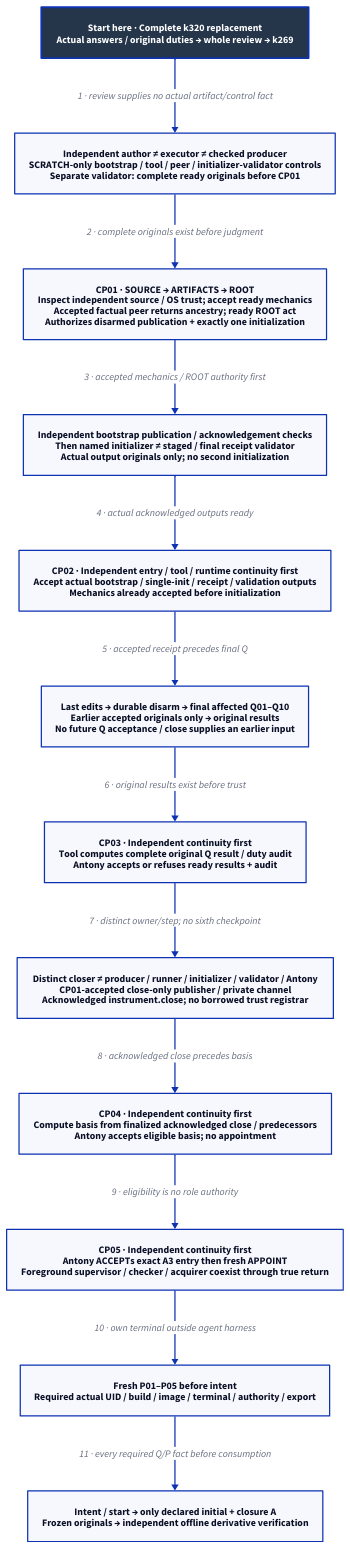
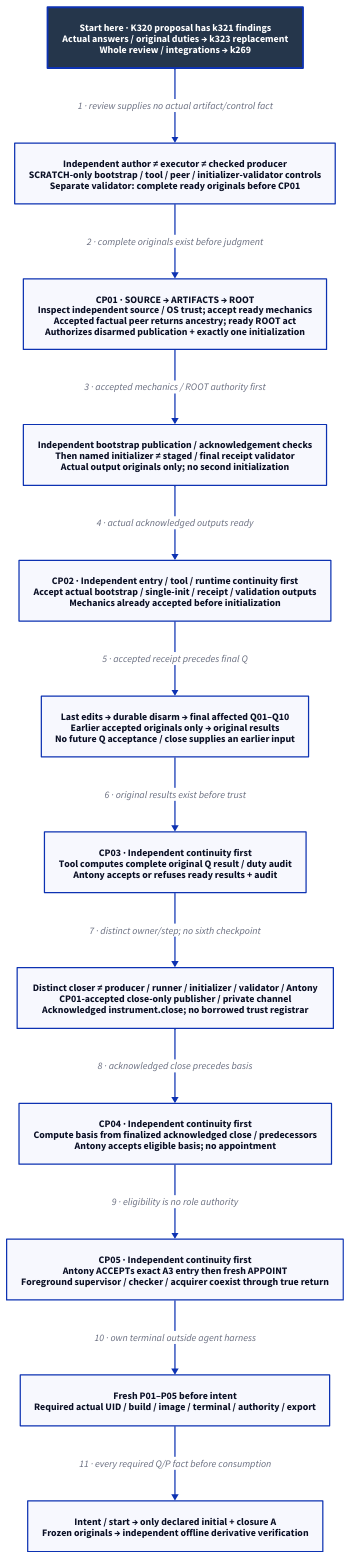
Before and after one commit to Linkuistics/Koine: the diagram in docs/design/architecture/native-reference-proof.d2, drawn with D2. The commit also changed 48 other files, not shown here.

Commit message:
Integrate practical admission review and place its complete repair (reference-evidence-practical-admission-k322)

```diff
--- a/docs/design/architecture/native-reference-proof.d2
+++ b/docs/design/architecture/native-reference-proof.d2
@@ -1,28 +1,28 @@
-# Coherent k320 proposal; whole review and actual independent qualification remain due.
+# K320 proposal reviewed as defective; k323 replacement/review precede construction.
 direction: down
 classes: {
   start: {style: {fill: "#25364B"; font-color: "#FFFFFF"; bold: true; stroke-width: 3}}
 }
-Start: "Start here · Complete k320 replacement\nActual answers / original duties → whole review → k269" {class: start}
+Start: "Start here · K320 proposal has k321 findings\nActual answers / original duties → k323 replacement\nWhole review / integrations → k269" {class: start}
 Prepare: "Independent author ≠ executor ≠ checked producer\nSCRATCH-only bootstrap / tool / peer / initializer-validator controls\nSeparate validator: complete ready originals before CP01"
 CP01: "CP01 · SOURCE → ARTIFACTS → ROOT\nInspect independent source / OS trust; accept ready mechanics\nAccepted factual peer returns ancestry; ready ROOT act\nAuthorizes disarmed publication + exactly one initialization"
 Initialize: "Independent bootstrap publication / acknowledgement checks\nThen named initializer ≠ staged / final receipt validator\nActual output originals only; no second initialization"
 CP02: "CP02 · Independent entry / tool / runtime continuity first\nAccept actual bootstrap / single-init / receipt / validation outputs\nMechanics already accepted before initialization"
 Q: "Last edits → durable disarm → final affected Q01–Q10\nEarlier accepted originals only → original results\nNo future Q acceptance / close supplies an earlier input"
 CP03: "CP03 · Independent continuity first\nTool computes complete original Q result / duty audit\nAntony accepts or refuses ready results + audit"
 Close: "Distinct closer ≠ producer / runner / initializer / validator / Antony\nCP01-accepted close-only publisher / private channel\nAcknowledged instrument.close; no borrowed trust registrar"
 CP04: "CP04 · Independent continuity first\nCompute basis from finalized acknowledged close / predecessors\nAntony accepts eligible basis; no appointment"
 CP05: "CP05 · Independent continuity first\nAntony ACCEPTs exact A3 entry then fresh APPOINT\nForeground supervisor / checker / acquirer coexist through true return"
 P: "Fresh P01–P05 before intent\nRequired actual UID / build / image / terminal / authority / export"
 A: "Intent / start → only declared initial + closure A\nFrozen originals → independent offline derivative verification"
 Start -> Prepare: "1 · review supplies no actual artifact/control fact"
 Prepare -> CP01: "2 · complete originals exist before judgment"
 CP01 -> Initialize: "3 · accepted mechanics / ROOT authority first"
 Initialize -> CP02: "4 · actual acknowledged outputs ready"
 CP02 -> Q: "5 · accepted receipt precedes final Q"
 Q -> CP03: "6 · original results exist before trust"
 CP03 -> Close: "7 · distinct owner/step; no sixth checkpoint"
 Close -> CP04: "8 · acknowledged close precedes basis"
 CP04 -> CP05: "9 · eligibility is no role authority"
 CP05 -> P: "10 · own terminal outside agent harness"
 P -> A: "11 · every required Q/P fact before consumption"
```
